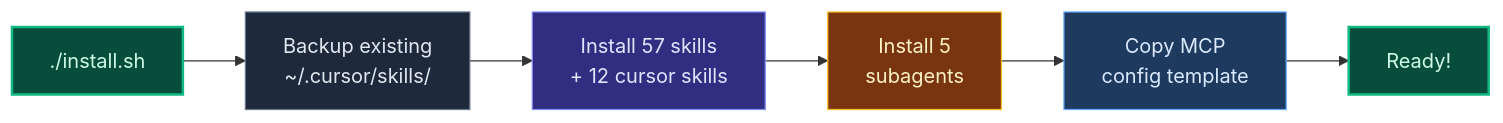
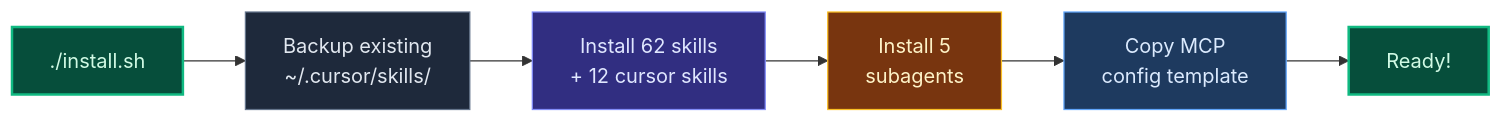
The third of 12 diagrams in README.md (kensaurus/cursor-kenji), drawn with Mermaid before and after one commit. The commit also changed other lines of this file and 36 other files, not shown here.

````diff
--- a/README.md
+++ b/README.md
@@ -336,15 +347,15 @@
 ```mermaid
 flowchart LR
   A["./install.sh"] --> B["Backup existing\n~/.cursor/skills/"]
-  B --> C["Install 57 skills\n+ 12 cursor skills"]
+  B --> C["Install 62 skills\n+ 12 cursor skills"]
   C --> D["Install 5\nsubagents"]
   D --> E["Copy MCP\nconfig template"]
   E --> F["Ready!"]
 
   style A fill:#064e3b,stroke:#10b981,stroke-width:2px,color:#d1fae5
   style F fill:#064e3b,stroke:#10b981,stroke-width:2px,color:#d1fae5
   style B fill:#1e293b,stroke:#64748b,color:#e2e8f0
   style C fill:#312e81,stroke:#818cf8,color:#e0e7ff
   style D fill:#78350f,stroke:#fbbf24,color:#fef3c7
   style E fill:#1e3a5f,stroke:#60a5fa,color:#dbeafe
 ```
````
